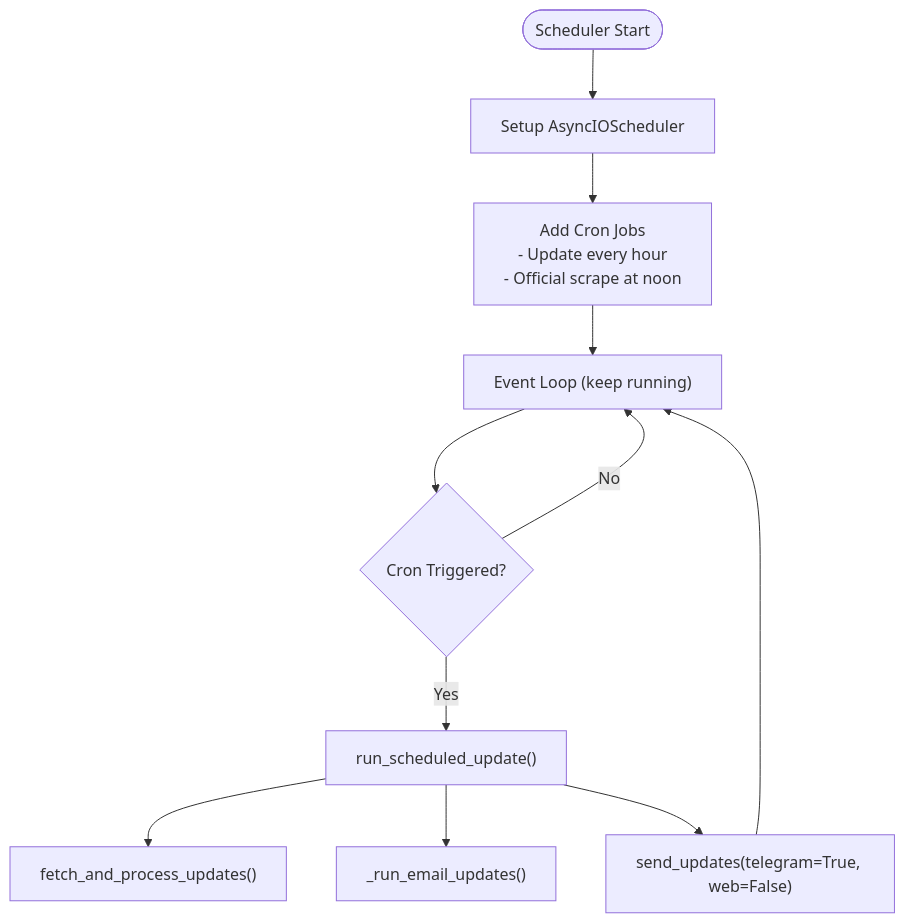
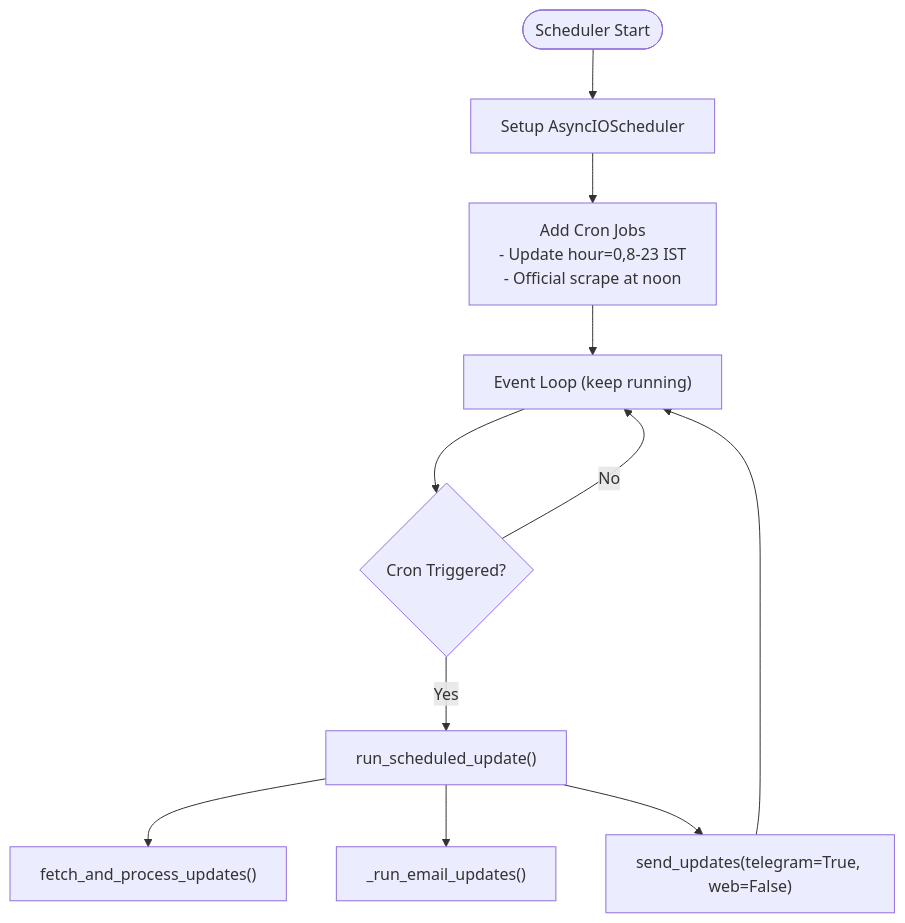
The fifth of 7 diagrams in src/data/docs/jiit-placement-alerts/Architecture & Design/API Architecture & Endpoints/Server Architecture.md (tashifkhan/tashif.codes), drawn with Mermaid before and after one commit. The commit also changed other lines of this file and 2128 other files, not shown here.

First line of the commit message:
docs: replace raster diagram images with native Mermaid across project guides

````diff
--- a/src/data/docs/jiit-placement-alerts/Architecture & Design/API Architecture & Endpoints/Server Architecture.md
+++ b/src/data/docs/jiit-placement-alerts/Architecture & Design/API Architecture & Endpoints/Server Architecture.md
@@ -197,13 +193,13 @@
 ```mermaid
 flowchart TD
 Start(["Scheduler Start"]) --> Setup["Setup AsyncIOScheduler"]
-Setup --> Jobs["Add Cron Jobs<br/>- Update every hour<br/>- Official scrape at noon"]
+Setup --> Jobs["Add Cron Jobs<br/>- Update hour=0,8-23 IST<br/>- Official scrape at noon"]
 Jobs --> Loop["Event Loop (keep running)"]
 Loop --> Trigger{"Cron Triggered?"}
 Trigger --> |Yes| RunUpdate["run_scheduled_update()"]
 RunUpdate --> FetchSS["fetch_and_process_updates()"]
 RunUpdate --> FetchEmails["_run_email_updates()"]
 RunUpdate --> SendTG["send_updates(telegram=True, web=False)"]
 Trigger --> |No| Loop
 SendTG --> Loop
 ```
````
